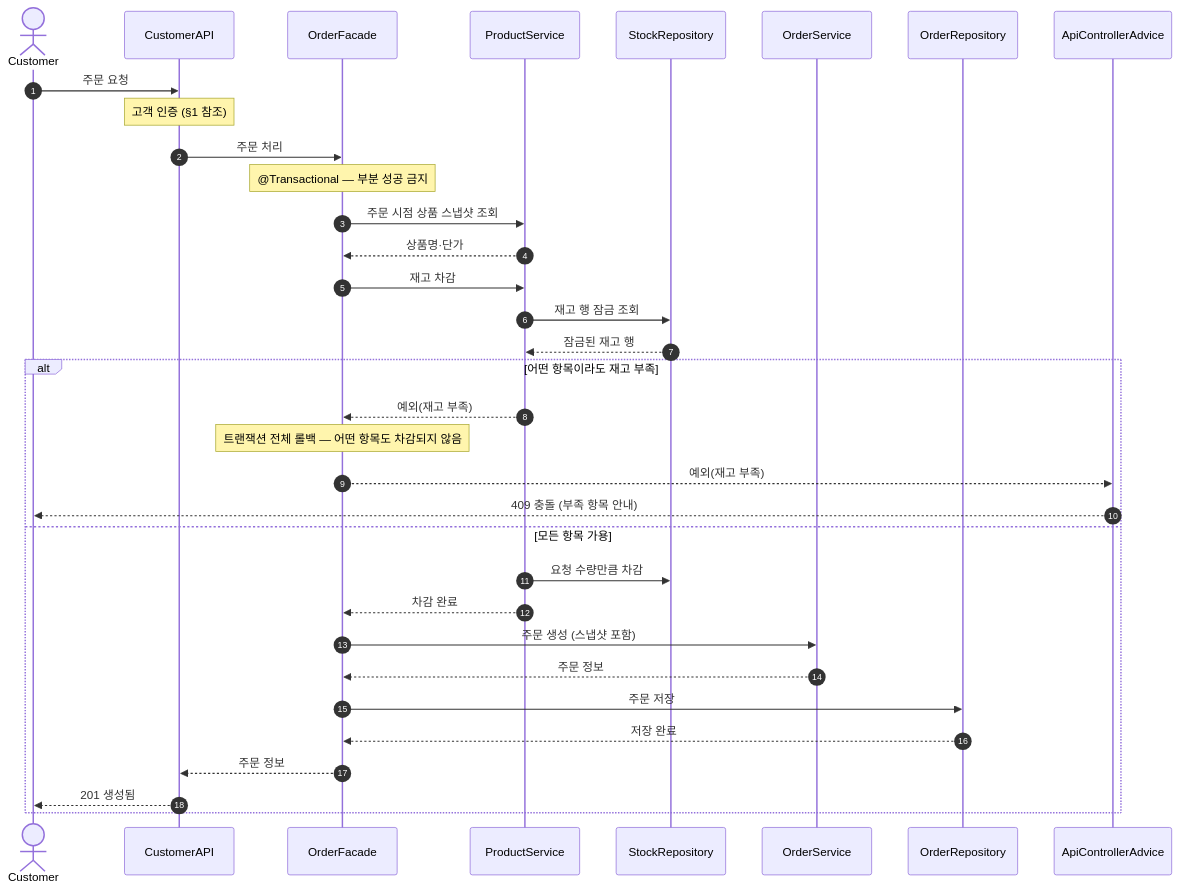
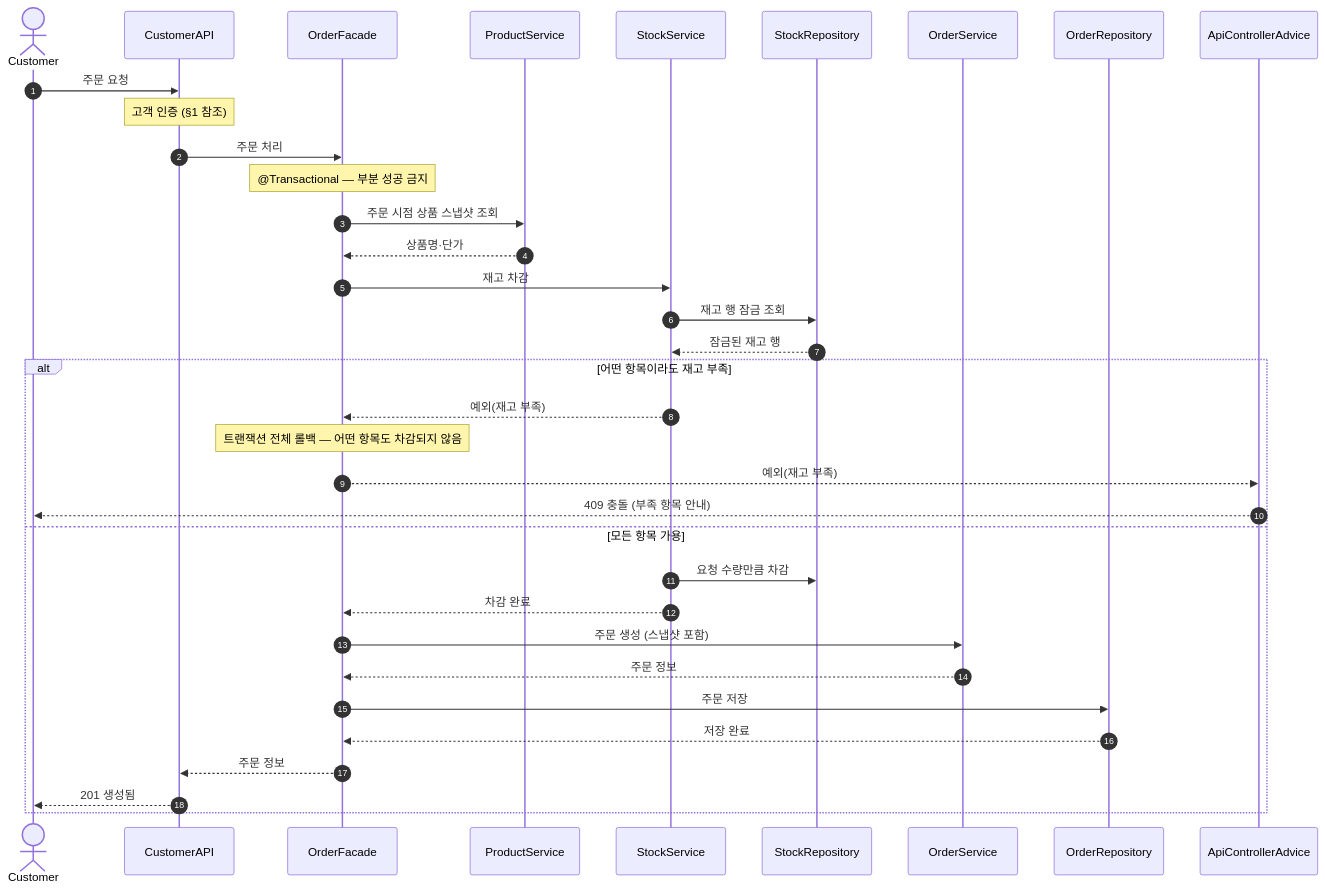
One commit to scv74502/be-theory-kotlin changed the sixth of 11 diagrams in docs/design/02-sequence-diagrams.md. Above: the diagram before and after it, drawn with Mermaid. The commit also changed other lines of this file and 3 other files, not shown here.

Commit message:
[docs] 요구사항 보완 및 시퀀스 다이어그램, 클래스 다이어그램, erd 추가

````diff
--- a/docs/design/02-sequence-diagrams.md
+++ b/docs/design/02-sequence-diagrams.md
@@ -282,37 +295,38 @@
 ```mermaid
 sequenceDiagram
     autonumber
     actor Customer
     participant CustomerAPI
     participant OrderFacade
     participant ProductService
+    participant StockService
     participant StockRepository
     participant OrderService
     participant OrderRepository
     participant Advice as ApiControllerAdvice
 
     Customer->>CustomerAPI: 주문 요청
     Note over CustomerAPI: 고객 인증 (§1 참조)
     CustomerAPI->>OrderFacade: 주문 처리
     Note over OrderFacade: @Transactional — 부분 성공 금지
     OrderFacade->>ProductService: 주문 시점 상품 스냅샷 조회
     ProductService-->>OrderFacade: 상품명·단가
-    OrderFacade->>ProductService: 재고 차감
-    ProductService->>StockRepository: 재고 행 잠금 조회
-    StockRepository-->>ProductService: 잠금된 재고 행
+    OrderFacade->>StockService: 재고 차감
+    StockService->>StockRepository: 재고 행 잠금 조회
+    StockRepository-->>StockService: 잠금된 재고 행
     alt 어떤 항목이라도 재고 부족
-        ProductService-->>OrderFacade: 예외(재고 부족)
+        StockService-->>OrderFacade: 예외(재고 부족)
         Note over OrderFacade: 트랜잭션 전체 롤백 — 어떤 항목도 차감되지 않음
         OrderFacade-->>Advice: 예외(재고 부족)
         Advice-->>Customer: 409 충돌 (부족 항목 안내)
     else 모든 항목 가용
-        ProductService->>StockRepository: 요청 수량만큼 차감
-        ProductService-->>OrderFacade: 차감 완료
+        StockService->>StockRepository: 요청 수량만큼 차감
+        StockService-->>OrderFacade: 차감 완료
         OrderFacade->>OrderService: 주문 생성 (스냅샷 포함)
         OrderService-->>OrderFacade: 주문 정보
         OrderFacade->>OrderRepository: 주문 저장
         OrderRepository-->>OrderFacade: 저장 완료
         OrderFacade-->>CustomerAPI: 주문 정보
         CustomerAPI-->>Customer: 201 생성됨
     end
 ```
````
